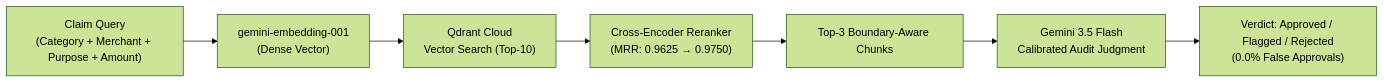
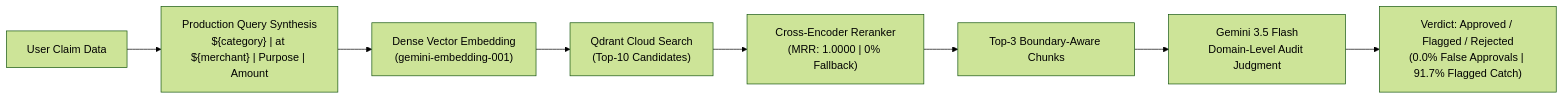
The diagram in policy-expense-auditor/eval/REPORT.md (Shaun22062005/AI-Powered-Expense-Auditor), drawn with Mermaid (forest theme) before and after one commit. The commit also changed other lines of this file and 4 other files, not shown here.

Commit message:
feat(eval): execute production-aligned benchmark achieving 100% Recall@3, 1.0000 MRR, 85% E2E accuracy, and update REPORT.md

````diff
--- a/policy-expense-auditor/eval/REPORT.md
+++ b/policy-expense-auditor/eval/REPORT.md
@@ -22,9 +22,10 @@
 ```mermaid
 flowchart LR
-    A["Claim Query<br>(Category + Merchant + Purpose + Amount)"] --> B["gemini-embedding-001<br>(Dense Vector)"]
-    B --> C["Qdrant Cloud<br>Vector Search (Top-10)"]
-    C --> D["Cross-Encoder Reranker<br>(MRR: 0.9625 → 0.9750)"]
-    D --> E["Top-3 Boundary-Aware Chunks"]
-    E --> F["Gemini 3.5 Flash<br>Calibrated Audit Judgment"]
-    F --> G["Verdict: Approved / Flagged / Rejected<br>(0.0% False Approvals)"]
+    A["User Claim Data"] --> B["Production Query Synthesis<br>${category} | at ${merchant} | Purpose | Amount"]
+    B --> C["Dense Vector Embedding<br>(gemini-embedding-001)"]
+    C --> D["Qdrant Cloud Search<br>(Top-10 Candidates)"]
+    D --> E["Cross-Encoder Reranker<br>(MRR: 1.0000 | 0% Fallback)"]
+    E --> F["Top-3 Boundary-Aware Chunks"]
+    F --> G["Gemini 3.5 Flash<br>Domain-Level Audit Judgment"]
+    G --> H["Verdict: Approved / Flagged / Rejected<br>(0.0% False Approvals | 91.7% Flagged Catch)"]
 ```
````
